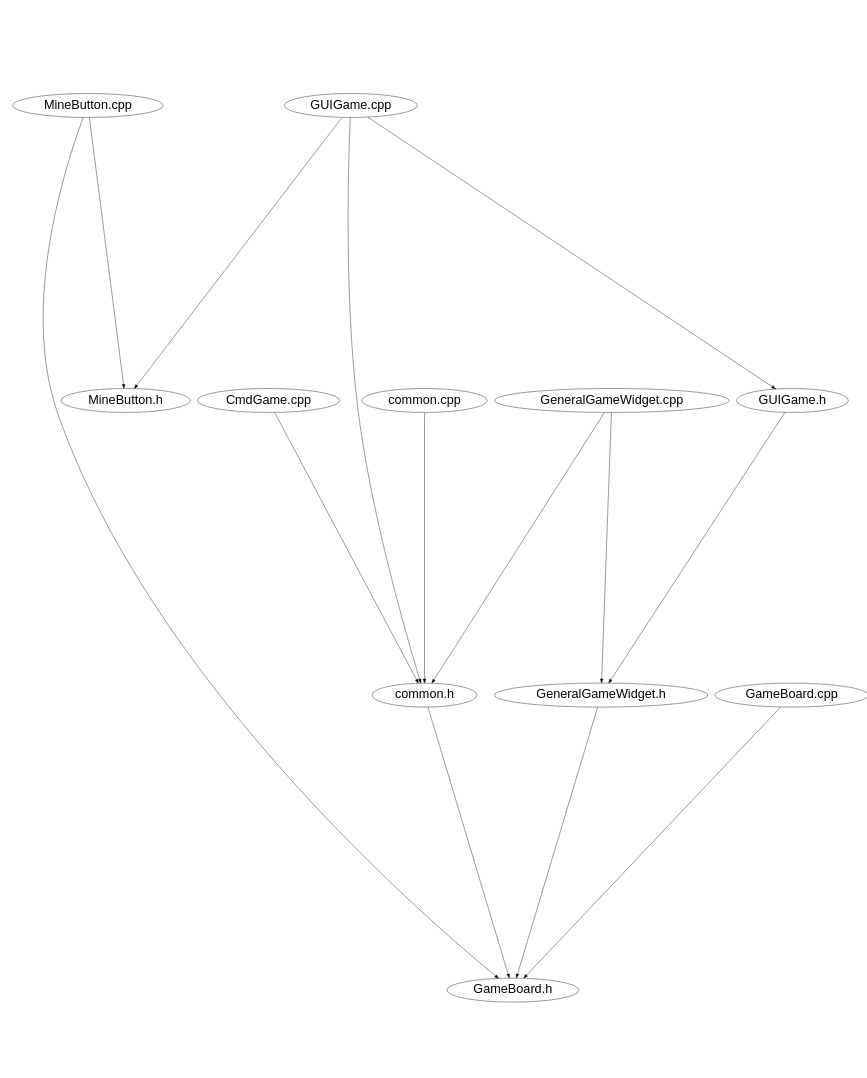
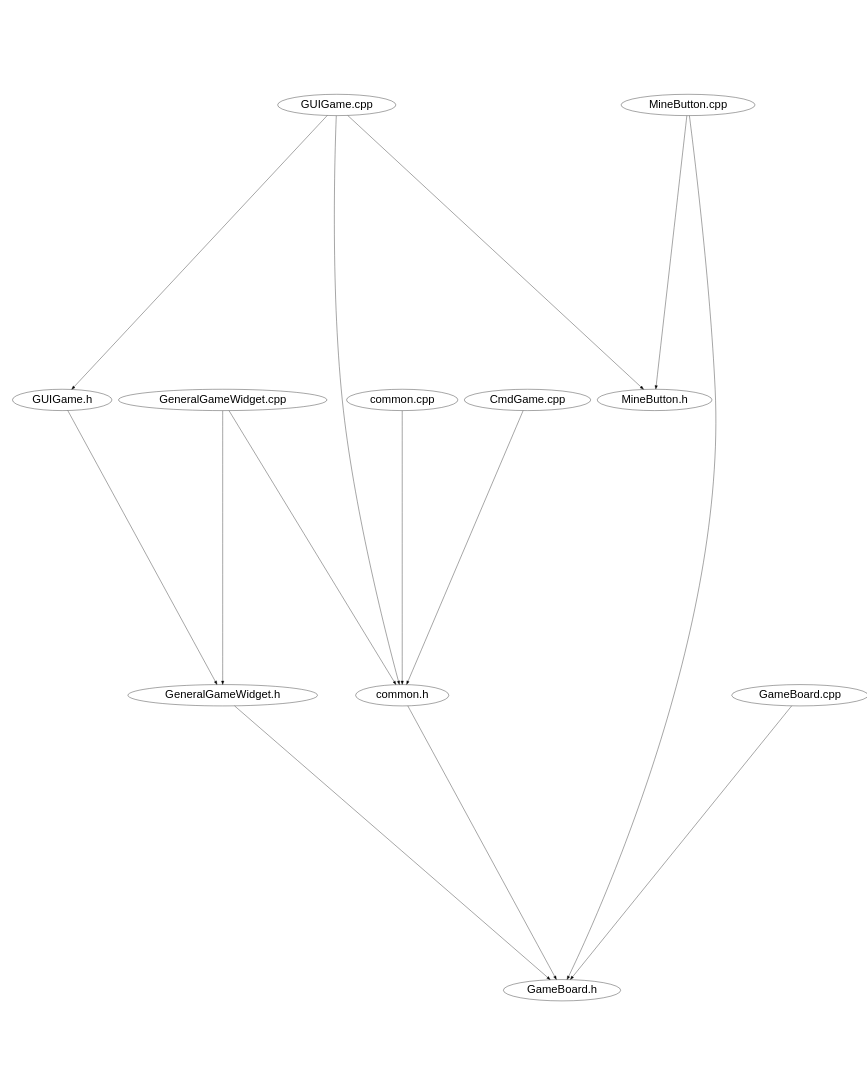
One commit to jeang-bo-yuan/oop-qt-project changed the diagram in minesweeper/doc/Include_Path.dot. Above: the diagram before and after it, drawn with Graphviz. The commit also changed other lines of this file and 5 other files, not shown here.

```diff
--- a/minesweeper/doc/Include_Path.dot
+++ b/minesweeper/doc/Include_Path.dot
@@ -1,22 +1,22 @@
 digraph "source tree" {
     overlap=scale;
     size="8,10";
     ratio="fill";
     fontsize="32";
     fontname="Helvetica";
 	node [fontsize="32", fontname="Helvetica"]
 	clusterrank="local";
+	"GUIGame.cpp" -> "MineButton.h"
+	"GameBoard.cpp" -> "GameBoard.h"
+	"GUIGame.cpp" -> "GUIGame.h"
+	"GeneralGameWidget.cpp" -> "common.h"
+	"common.h" -> "GameBoard.h"
+	"GUIGame.cpp" -> "common.h"
+	"GeneralGameWidget.h" -> "GameBoard.h"
 	"MineButton.cpp" -> "GameBoard.h"
+	"common.cpp" -> "common.h"
+	"MineButton.cpp" -> "MineButton.h"
 	"CmdGame.cpp" -> "common.h"
-	"GUIGame.cpp" -> "common.h"
 	"GUIGame.h" -> "GeneralGameWidget.h"
-	"GeneralGameWidget.cpp" -> "common.h"
-	"GUIGame.cpp" -> "GUIGame.h"
-	"GUIGame.cpp" -> "MineButton.h"
-	"MineButton.cpp" -> "MineButton.h"
-	"common.h" -> "GameBoard.h"
-	"GeneralGameWidget.h" -> "GameBoard.h"
-	"common.cpp" -> "common.h"
 	"GeneralGameWidget.cpp" -> "GeneralGameWidget.h"
-	"GameBoard.cpp" -> "GameBoard.h"
 }
```
